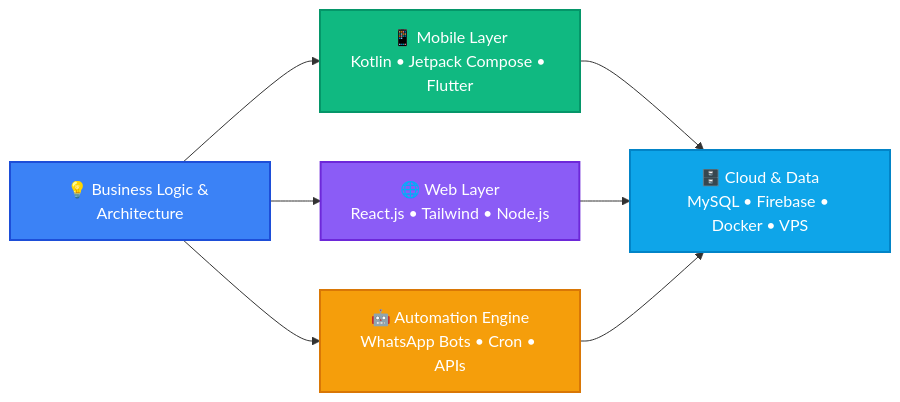
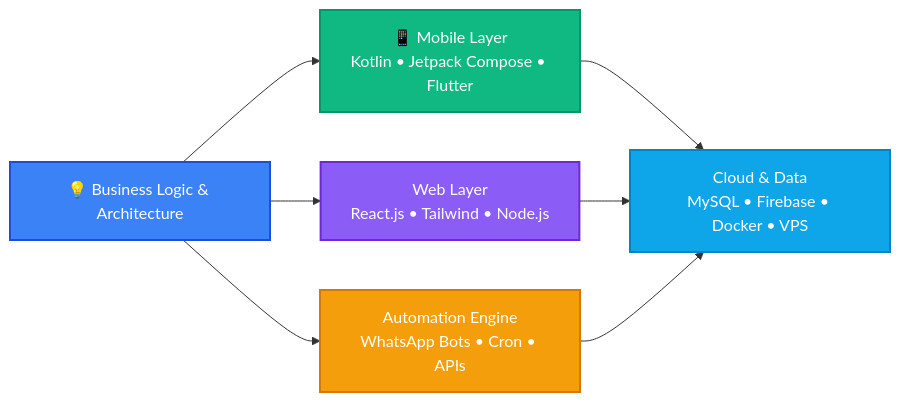
The second of 2 diagrams in README.md (jayagarwal-github/jayagarwal-github), drawn with Mermaid before and after one commit. The commit also changed other lines of this file, not shown here.

````diff
--- a/README.md
+++ b/README.md
@@ -45,15 +45,15 @@
 ```mermaid
 graph LR
     A["💡 Business Logic & Architecture"] --> B["📱 Mobile Layer<br/>Kotlin • Jetpack Compose • Flutter"]
-    A --> C["🌐 Web Layer<br/>React.js • Tailwind • Node.js"]
-    A --> D["🤖 Automation Engine<br/>WhatsApp Bots • Cron • APIs"]
-    B --> E["🗄️ Cloud & Data<br/>MySQL • Firebase • Docker • VPS"]
+    A --> C["Web Layer<br/>React.js • Tailwind • Node.js"]
+    A --> D["Automation Engine<br/>WhatsApp Bots • Cron • APIs"]
+    B --> E["Cloud & Data<br/>MySQL • Firebase • Docker • VPS"]
     C --> E
     D --> E
 
     style A fill:#3b82f6,stroke:#1d4ed8,stroke-width:2px,color:#fff
     style B fill:#10b981,stroke:#059669,stroke-width:2px,color:#fff
     style C fill:#8b5cf6,stroke:#6d28d9,stroke-width:2px,color:#fff
     style D fill:#f59e0b,stroke:#d97706,stroke-width:2px,color:#fff
     style E fill:#0ea5e9,stroke:#0284c7,stroke-width:2px,color:#fff
 ```
````
